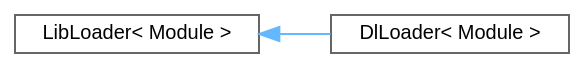
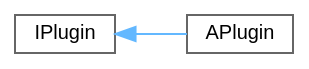
One commit to sami-hmr/R-Type changed the diagram in inherit_graph_2.dot. Above: the diagram before and after it, drawn with Graphviz. The commit also changed 176 other files, not shown here.

```diff
--- a/inherit_graph_2.dot
+++ b/inherit_graph_2.dot
@@ -1,11 +1,11 @@
 digraph "Graphical Class Hierarchy"
 {
  // LATEX_PDF_SIZE
   bgcolor="transparent";
   edge [fontname=Helvetica,fontsize=10,labelfontname=Helvetica,labelfontsize=10];
   node [fontname=Helvetica,fontsize=10,shape=box,height=0.2,width=0.4];
   rankdir="LR";
-  Node0 [id="Node000000",label="LibLoader\< Module \>",height=0.2,width=0.4,color="grey40", fillcolor="white", style="filled",URL="$classLibLoader.html",tooltip=" "];
-  Node0 -> Node1 [id="edge2_Node000000_Node000001",dir="back",color="steelblue1",style="solid",tooltip=" "];
-  Node1 [id="Node000001",label="DlLoader\< Module \>",height=0.2,width=0.4,color="grey40", fillcolor="white", style="filled",URL="$classDlLoader.html",tooltip=" "];
+  Node0 [id="Node000000",label="IPlugin",height=0.2,width=0.4,color="grey40", fillcolor="white", style="filled",URL="$classIPlugin.html",tooltip=" "];
+  Node0 -> Node1 [id="edge1_Node000000_Node000001",dir="back",color="steelblue1",style="solid",tooltip=" "];
+  Node1 [id="Node000001",label="APlugin",height=0.2,width=0.4,color="grey40", fillcolor="white", style="filled",URL="$classAPlugin.html",tooltip=" "];
 }
```
